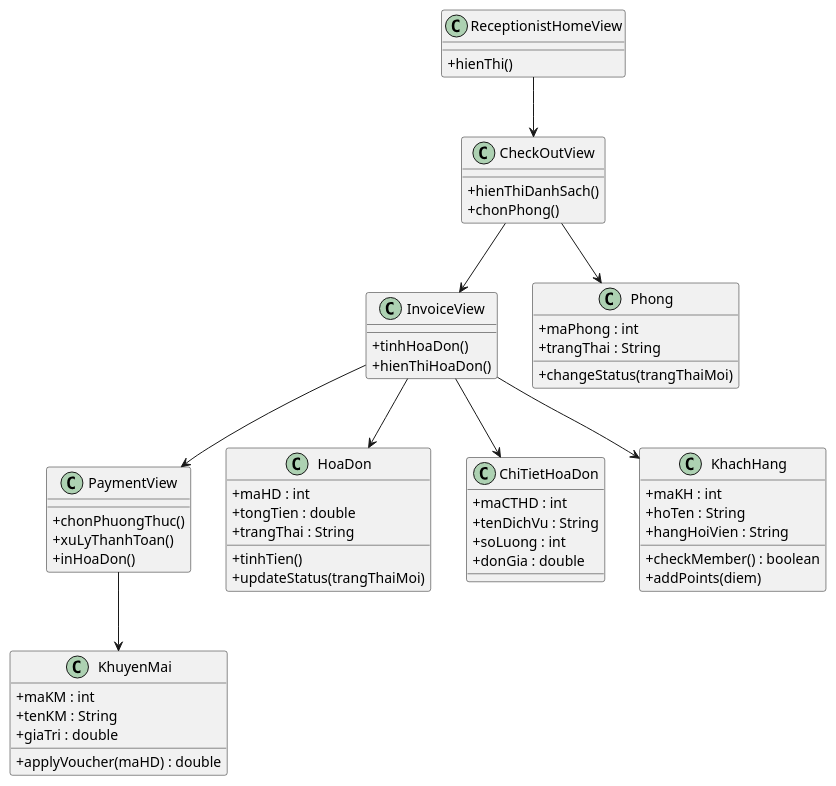
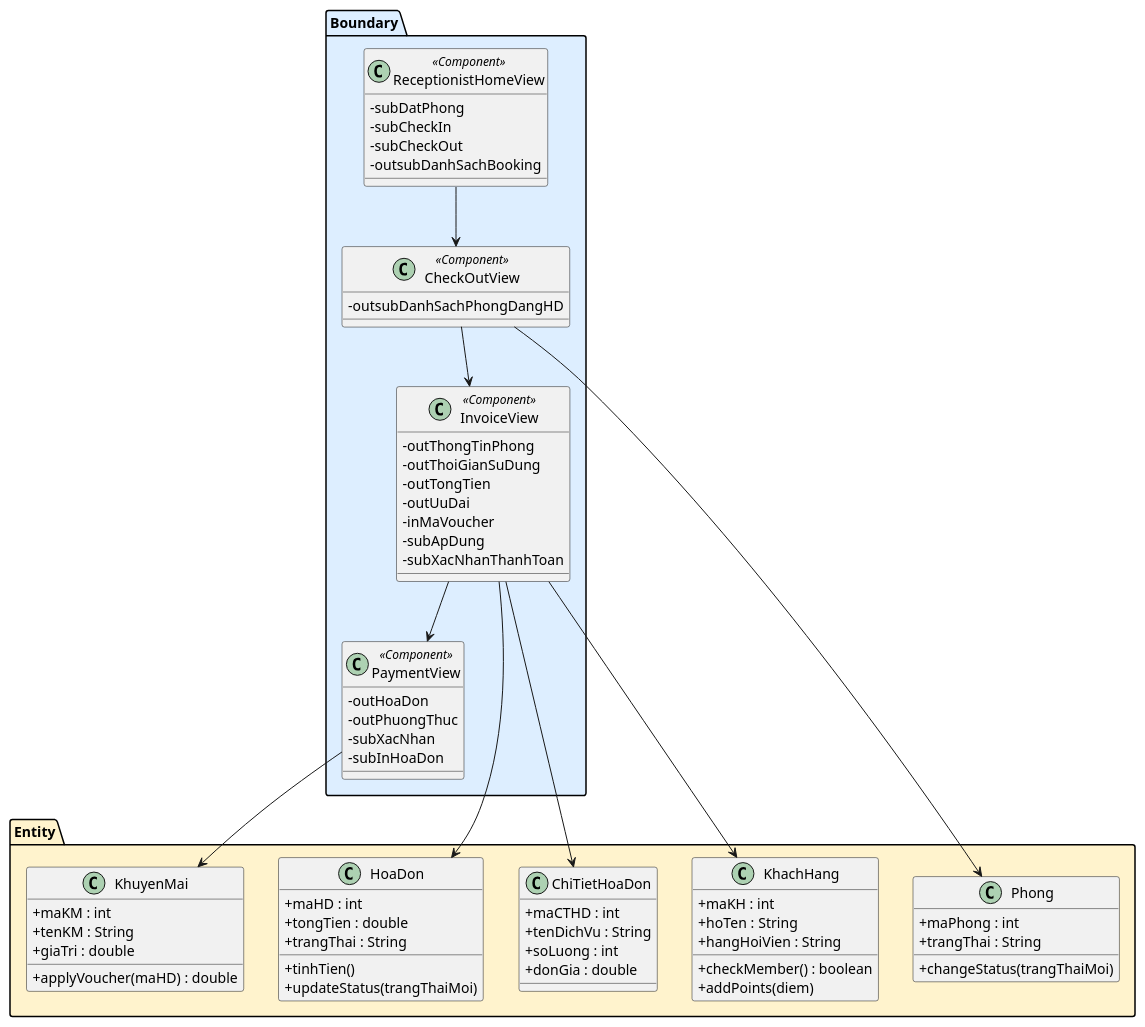
One commit to thanhtrnnn/cnpm changed the fourth of 8 diagrams in docs/tabs/section-booking-ii.3-2.4.md. Above: the diagram before and after it, drawn with PlantUML. The commit also changed other lines of this file and 5 other files, not shown here.

First line of the commit message:
fix: BCE analysis diagrams - Boundary classes have attributes only, Entity classes keep methods

````diff
--- a/docs/tabs/section-booking-ii.3-2.4.md
+++ b/docs/tabs/section-booking-ii.3-2.4.md
@@ -207,70 +234,82 @@
 ```plantuml
 @startuml
 skinparam classAttributeIconSize 0
 
-class ReceptionistHomeView {
-  +hienThi()
+package "Boundary" #DDEEFF {
+  class ReceptionistHomeView <<Component>> {
+    -subDatPhong
+    -subCheckIn
+    -subCheckOut
+    -outsubDanhSachBooking
+  }
+
+  class CheckOutView <<Component>> {
+    -outsubDanhSachPhongDangHD
+  }
+
+  class InvoiceView <<Component>> {
+    -outThongTinPhong
+    -outThoiGianSuDung
+    -outTongTien
+    -outUuDai
+    -inMaVoucher
+    -subApDung
+    -subXacNhanThanhToan
+  }
+
+  class PaymentView <<Component>> {
+    -outHoaDon
+    -outPhuongThuc
+    -subXacNhan
+    -subInHoaDon
+  }
 }
 
-class CheckOutView {
-  +hienThiDanhSach()
-  +chonPhong()
-}
+package "Entity" #FFF3CD {
+  class Phong {
+    +maPhong : int
+    +trangThai : String
+    +changeStatus(trangThaiMoi)
+  }
 
-class InvoiceView {
-  +tinhHoaDon()
-  +hienThiHoaDon()
-}
+  class HoaDon {
+    +maHD : int
+    +tongTien : double
+    +trangThai : String
+    +tinhTien()
+    +updateStatus(trangThaiMoi)
+  }
 
-class PaymentView {
-  +chonPhuongThuc()
-  +xuLyThanhToan()
-  +inHoaDon()
-}
+  class ChiTietHoaDon {
+    +maCTHD : int
+    +tenDichVu : String
+    +soLuong : int
+    +donGia : double
+  }
 
-class Phong {
-  +maPhong : int
-  +trangThai : String
-  +changeStatus(trangThaiMoi)
-}
+  class KhachHang {
+    +maKH : int
+    +hoTen : String
+    +hangHoiVien : String
+    +checkMember() : boolean
+    +addPoints(diem)
+  }
 
-class HoaDon {
-  +maHD : int
-  +tongTien : double
-  +trangThai : String
-  +tinhTien()
-  +updateStatus(trangThaiMoi)
-}
-
-class ChiTietHoaDon {
-  +maCTHD : int
-  +tenDichVu : String
-  +soLuong : int
-  +donGia : double
-}
-
-class KhachHang {
-  +maKH : int
-  +hoTen : String
-  +hangHoiVien : String
-  +checkMember() : boolean
-  +addPoints(diem)
-}
-
-class KhuyenMai {
-  +maKM : int
-  +tenKM : String
-  +giaTri : double
-  +applyVoucher(maHD) : double
+  class KhuyenMai {
+    +maKM : int
+    +tenKM : String
+    +giaTri : double
+    +applyVoucher(maHD) : double
+  }
 }
 
 ReceptionistHomeView --> CheckOutView
 CheckOutView --> InvoiceView
 InvoiceView --> PaymentView
 CheckOutView --> Phong
 InvoiceView --> HoaDon
 InvoiceView --> ChiTietHoaDon
 InvoiceView --> KhachHang
 PaymentView --> KhuyenMai
 @enduml
 ```
````
